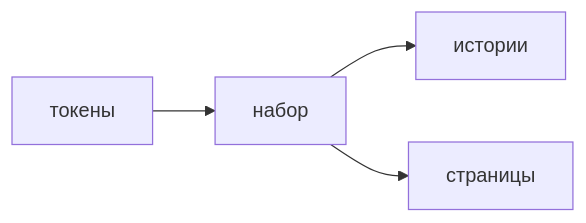
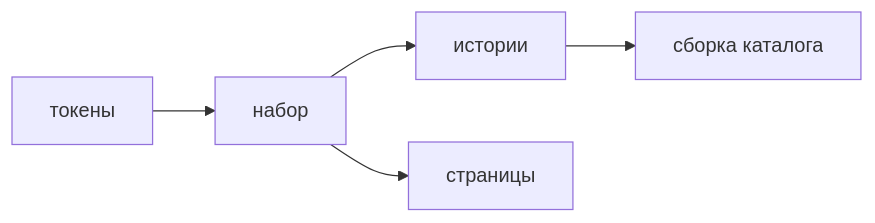
The diagram in nine-to-eighteen/ui/src/data/learn/frontend/fe09-storybook.md (AlexanderNY/cursor_test), drawn with Mermaid before and after one commit. The commit also changed other lines of this file and 40 other files, not shown here.

````diff
--- a/nine-to-eighteen/ui/src/data/learn/frontend/fe09-storybook.md
+++ b/nine-to-eighteen/ui/src/data/learn/frontend/fe09-storybook.md
@@ -52,6 +104,7 @@
 ```mermaid
 flowchart LR
   T[токены] --> K[набор]
   K --> S[истории]
   K --> P[страницы]
+  S --> CI[сборка каталога]
 ```
````
